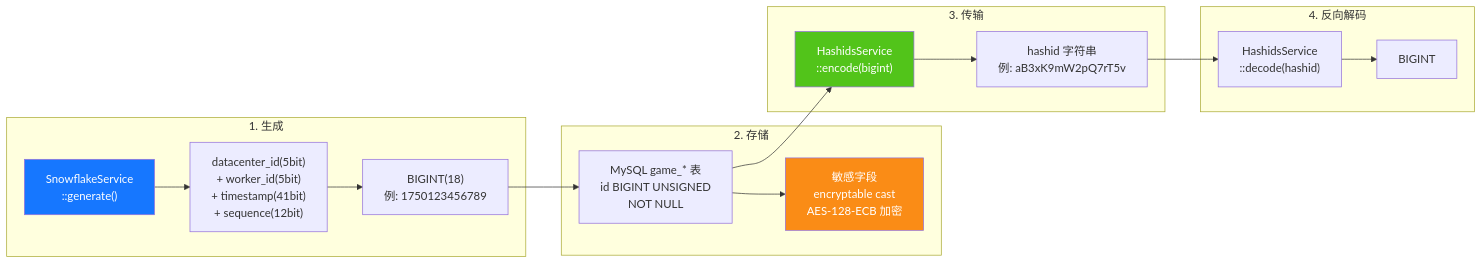
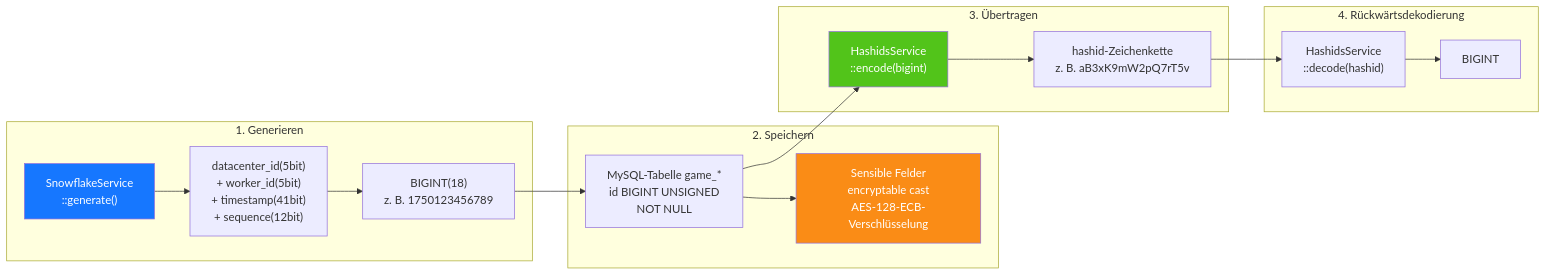
One commit to erikwang2013/game-platform-php changed the seventh of 14 diagrams in admin/docs/ARCHITECTURE.de.md. Above: the diagram before and after it, drawn with Mermaid. The commit also changed other lines of this file and 211 other files, not shown here.

First line of the commit message:
fix: 支付配置读回类型根治、提现事件对账巡检，12 语族 mermaid 与 API 标签本地化

````diff
--- a/admin/docs/ARCHITECTURE.de.md
+++ b/admin/docs/ARCHITECTURE.de.md
@@ -359,33 +359,33 @@
 ```mermaid
 flowchart LR
-    subgraph "1. 生成"
+    subgraph "1. Generieren"
         G1["SnowflakeService<br/>::generate()"]
         G2["datacenter_id(5bit)<br/>+ worker_id(5bit)<br/>+ timestamp(41bit)<br/>+ sequence(12bit)"]
-        G3["BIGINT(18)<br/>例: 1750123456789"]
+        G3["BIGINT(18)<br/>z. B. 1750123456789"]
         G1 --> G2 --> G3
     end
 
-    subgraph "2. 存储"
-        S1["MySQL game_* 表<br/>id BIGINT UNSIGNED<br/>NOT NULL"]
-        S2["敏感字段<br/>encryptable cast<br/>AES-128-ECB 加密"]
+    subgraph "2. Speichern"
+        S1["MySQL-Tabelle game_*<br/>id BIGINT UNSIGNED<br/>NOT NULL"]
+        S2["Sensible Felder<br/>encryptable cast<br/>AES-128-ECB-Verschlüsselung"]
         G3 --> S1
         S1 --> S2
     end
 
-    subgraph "3. 传输"
+    subgraph "3. Übertragen"
         T1["HashidsService<br/>::encode(bigint)"]
-        T2["hashid 字符串<br/>例: aB3xK9mW2pQ7rT5v"]
+        T2["hashid-Zeichenkette<br/>z. B. aB3xK9mW2pQ7rT5v"]
         S1 --> T1
         T1 --> T2
     end
 
-    subgraph "4. 反向解码"
+    subgraph "4. Rückwärtsdekodierung"
         R1["HashidsService<br/>::decode(hashid)"]
         R2["BIGINT"]
         T2 --> R1 --> R2
     end
 
     style G1 fill:#1677FF,color:#fff
     style T1 fill:#52C41A,color:#fff
     style S2 fill:#FA8C16,color:#fff
 ```
````
